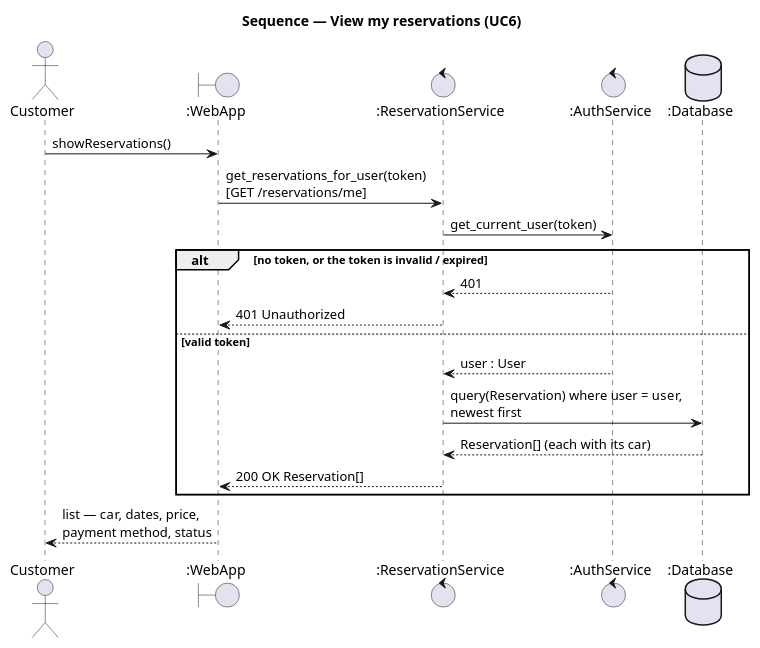
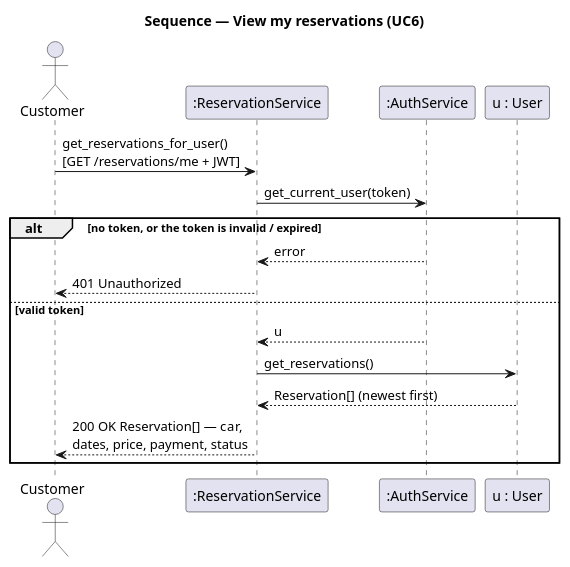
The diagram in docs/diagrams/sequence-view-my-reservations.puml (DavidMagyarics/CarRentalVSB), drawn with PlantUML before and after one commit. The commit also changed 13 other files, not shown here.

Commit message:
docs: draw the sequence diagrams in the lecture style, with the domain objects as the main participants

```diff
--- a/docs/diagrams/sequence-view-my-reservations.puml
+++ b/docs/diagrams/sequence-view-my-reservations.puml
@@ -1,27 +1,23 @@
 @startuml sequence-view-my-reservations
 skinparam backgroundColor white
 skinparam responseMessageBelowArrow true
 skinparam maxMessageSize 260
 title Sequence — View my reservations (UC6)
 actor Customer
-boundary ":WebApp" as Web
-control ":ReservationService" as Res
-control ":AuthService" as Auth
-database ":Database" as DB
+participant ":ReservationService" as Res
+participant ":AuthService" as Auth
+participant "u : User" as U
 
-Customer -> Web : showReservations()
-Web -> Res : get_reservations_for_user(token)\n[GET /reservations/me]
+Customer -> Res : get_reservations_for_user()\n[GET /reservations/me + JWT]
 Res -> Auth : get_current_user(token)
 
 alt no token, or the token is invalid / expired
-  Auth --> Res : 401
-  Res --> Web : 401 Unauthorized
+  Auth --> Res : error
+  Res --> Customer : 401 Unauthorized
 else valid token
-  Auth --> Res : user : User
-  Res -> DB : query(Reservation) where user = user,\nnewest first
-  DB --> Res : Reservation[] (each with its car)
-  Res --> Web : 200 OK Reservation[]
+  Auth --> Res : u
+  Res -> U : get_reservations()
+  U --> Res : Reservation[] (newest first)
+  Res --> Customer : 200 OK Reservation[] — car,\ndates, price, payment, status
 end
-
-Web --> Customer : list — car, dates, price,\npayment method, status
 @enduml
```
